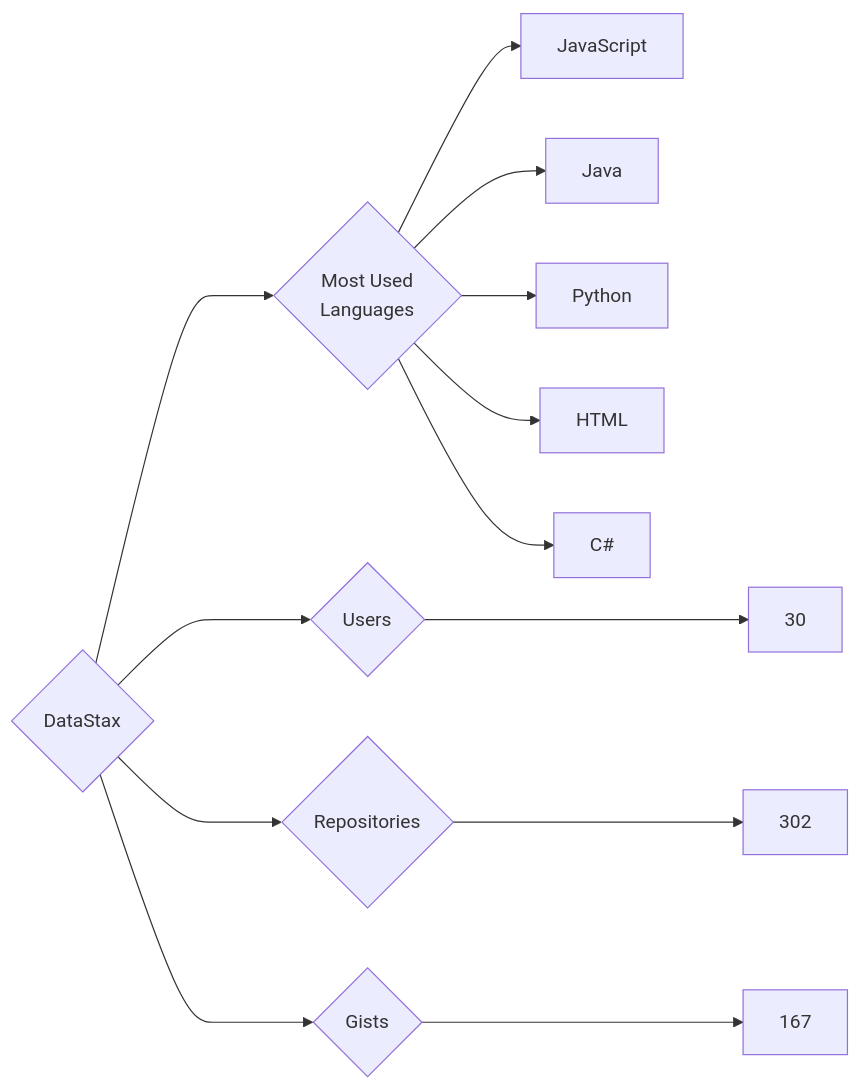
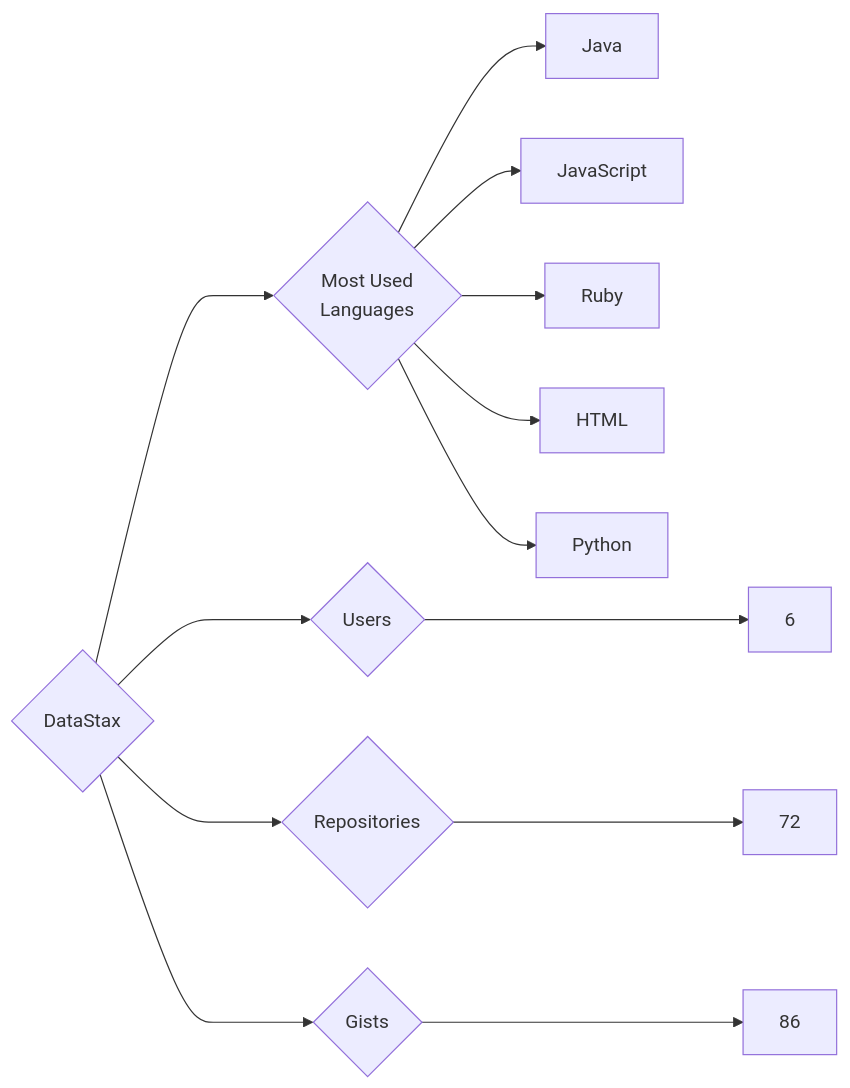
Before and after one commit to trickest/insiders: the diagram in targets/DataStax/README.md, drawn with Mermaid. The commit also changed 912 other files, not shown here.

````diff
--- a/targets/DataStax/README.md
+++ b/targets/DataStax/README.md
@@ -3,13 +3,13 @@
 ```mermaid
 graph LR
 COMPANY_NAME{DataStax}
-COMPANY_NAME ---> U{Users} ---> UN[30]
-COMPANY_NAME ---> R{Repositories} ---> RN[302]
-COMPANY_NAME ---> G{Gists} ---> GN[167]
+COMPANY_NAME ---> U{Users} ---> UN[6]
+COMPANY_NAME ---> R{Repositories} ---> RN[72]
+COMPANY_NAME ---> G{Gists} ---> GN[86]
 COMPANY_NAME ---> ML{Most Used<br>Languages}
+ML --> Java[Java]
 ML --> JavaScript[JavaScript]
-ML --> Java[Java]
+ML --> Ruby[Ruby]
+ML --> HTML[HTML]
 ML --> Python[Python]
-ML --> HTML[HTML]
-ML --> C#[C#]
 ```
````
